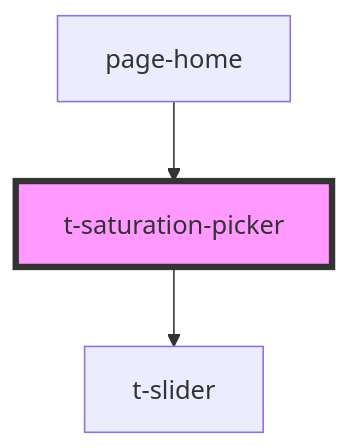
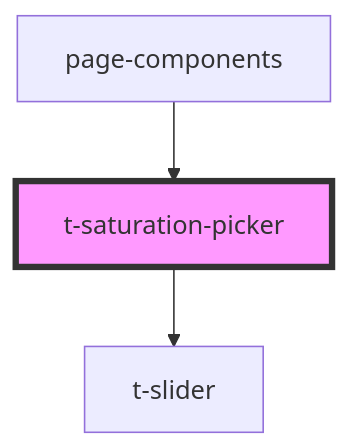
The diagram in packages/stencil/src/components/t-saturation-picker/readme.md (TomasEng/web-components), drawn with Mermaid before and after one commit. The commit also changed other lines of this file and 37 other files, not shown here.

````diff
--- a/packages/stencil/src/components/t-saturation-picker/readme.md
+++ b/packages/stencil/src/components/t-saturation-picker/readme.md
@@ -34,6 +34,6 @@
 ```mermaid
 graph TD;
   t-saturation-picker --> t-slider
-  page-home --> t-saturation-picker
+  page-components --> t-saturation-picker
   style t-saturation-picker fill:#f9f,stroke:#333,stroke-width:4px
 ```
````
